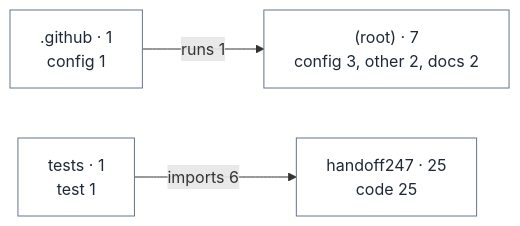
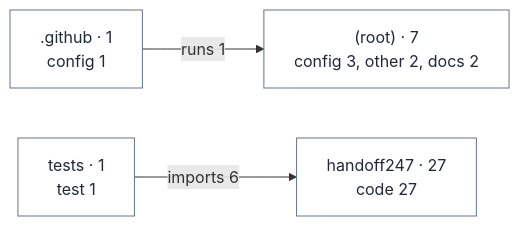
One commit to unkkyuist/HandOff247 changed the diagram in docs/handoff/diagrams/areas.mmd. Above: the diagram before and after it, drawn with Mermaid. The commit also changed 50 other files, not shown here.

```diff
--- a/docs/handoff/diagrams/areas.mmd
+++ b/docs/handoff/diagrams/areas.mmd
@@ -1,17 +1,17 @@
 flowchart LR
   n1["(root) · 7<br/>config 3, other 2, docs 2"]:::file
   n2[".github · 1<br/>config 1"]:::file
-  n3["handoff247 · 25<br/>code 25"]:::file
+  n3["handoff247 · 27<br/>code 27"]:::file
   n4["tests · 1<br/>test 1"]:::file
   n2 -->|"runs 1"| n1
   n4 -->|"imports 6"| n3
   classDef entry fill:#fde68a,stroke:#b45309,color:#1f2937
   classDef launcher fill:#e0e7ff,stroke:#4338ca,color:#1f2937
   classDef mode fill:#dcfce7,stroke:#15803d,color:#1f2937
   classDef iface fill:#cffafe,stroke:#0e7490,color:#1f2937
   classDef table fill:#fce7f3,stroke:#be185d,color:#1f2937
   classDef hub fill:#f3f4f6,stroke:#6b7280,color:#1f2937,stroke-dasharray:4 3
   classDef data fill:#fef3c7,stroke:#92400e,color:#1f2937
   classDef ext fill:#ffffff,stroke:#9ca3af,color:#374151,stroke-dasharray:2 2
   classDef test fill:#ede9fe,stroke:#6d28d9,color:#1f2937
   classDef file fill:#ffffff,stroke:#64748b,color:#1f2937
```
